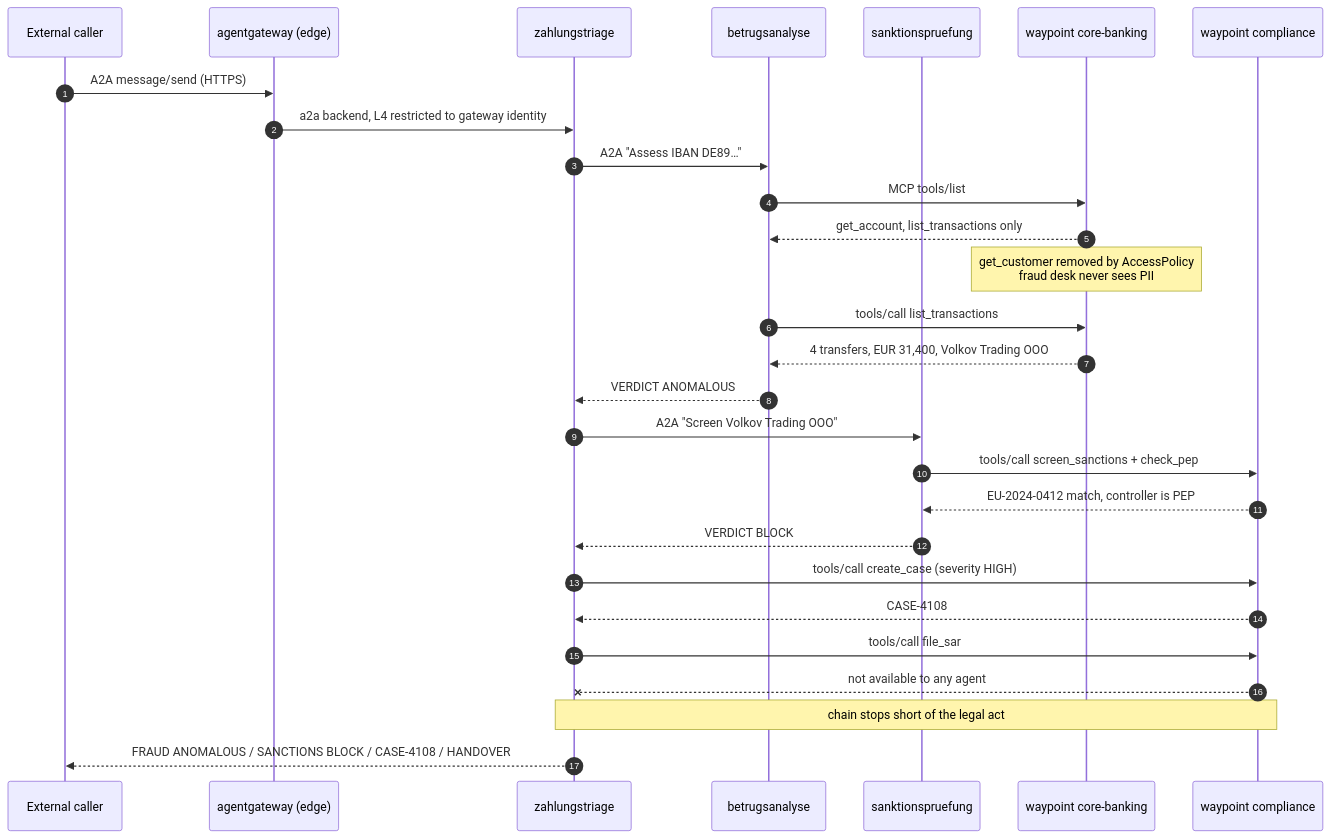
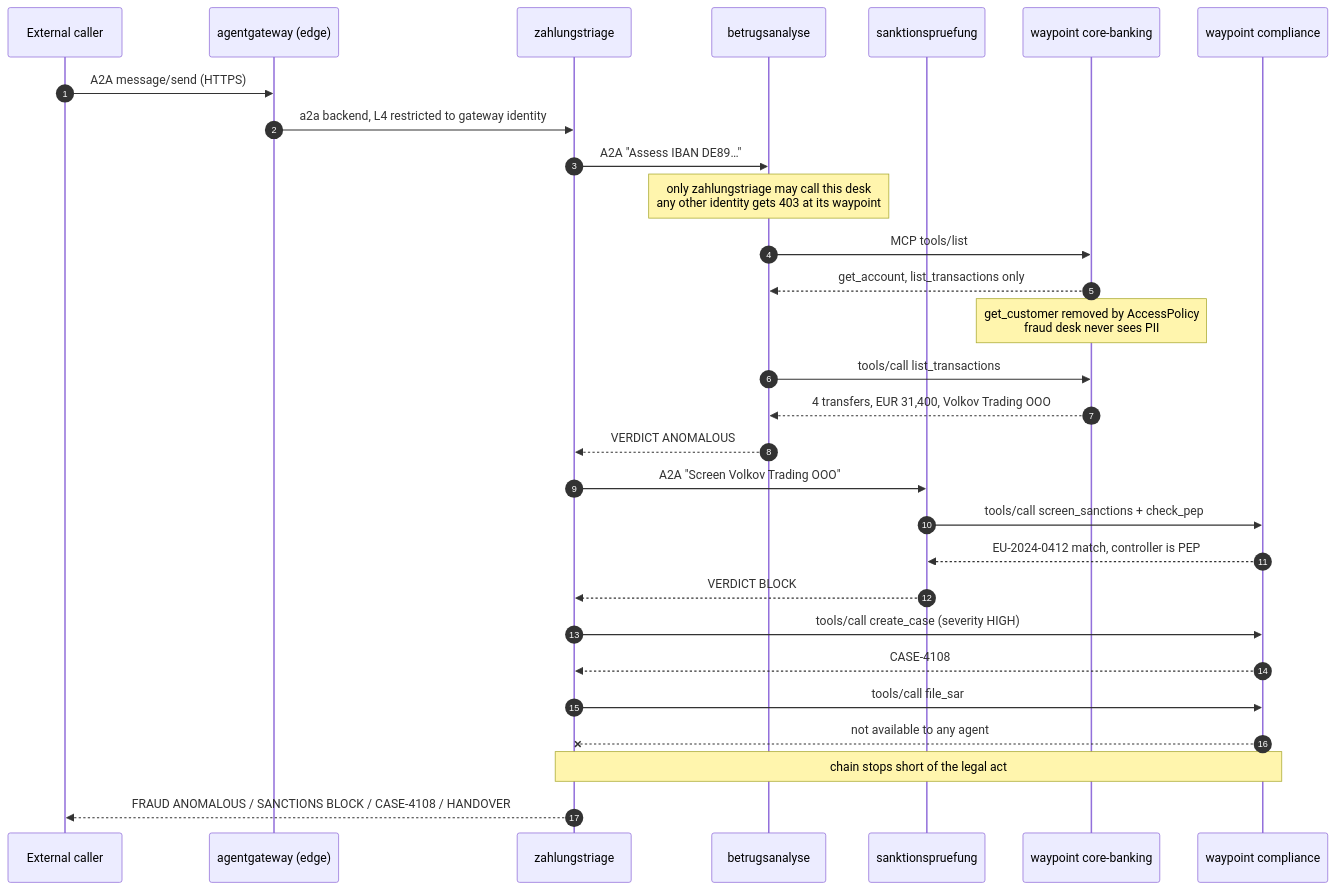
The second of 2 diagrams in docs/trustusbank-sepa-fraud-triage.md (tjorourke/google-sovereign-poc), drawn with Mermaid before and after one commit. The commit also changed other lines of this file and 5 other files, not shown here.

First line of the commit message:
Correct the A2A authorization claim, and pin the waypoint identity parameters

````diff
--- a/docs/trustusbank-sepa-fraud-triage.md
+++ b/docs/trustusbank-sepa-fraud-triage.md
@@ -92,31 +96,32 @@
 ```mermaid
 sequenceDiagram
   autonumber
   participant C as External caller
   participant G as agentgateway (edge)
   participant T as zahlungstriage
   participant F as betrugsanalyse
   participant S as sanktionspruefung
   participant WB as waypoint core-banking
   participant WC as waypoint compliance
 
   C->>G: A2A message/send (HTTPS)
   G->>T: a2a backend, L4 restricted to gateway identity
   T->>F: A2A "Assess IBAN DE89…"
+  Note over F: only zahlungstriage may call this desk<br/>any other identity gets 403 at its waypoint
   F->>WB: MCP tools/list
   WB-->>F: get_account, list_transactions only
   Note over WB: get_customer removed by AccessPolicy<br/>fraud desk never sees PII
   F->>WB: tools/call list_transactions
   WB-->>F: 4 transfers, EUR 31,400, Volkov Trading OOO
   F-->>T: VERDICT ANOMALOUS
   T->>S: A2A "Screen Volkov Trading OOO"
   S->>WC: tools/call screen_sanctions + check_pep
   WC-->>S: EU-2024-0412 match, controller is PEP
   S-->>T: VERDICT BLOCK
   T->>WC: tools/call create_case (severity HIGH)
   WC-->>T: CASE-4108
   T->>WC: tools/call file_sar
   WC--xT: not available to any agent
   Note over T,WC: chain stops short of the legal act
   T-->>C: FRAUD ANOMALOUS / SANCTIONS BLOCK / CASE-4108 / HANDOVER
 ```
````
